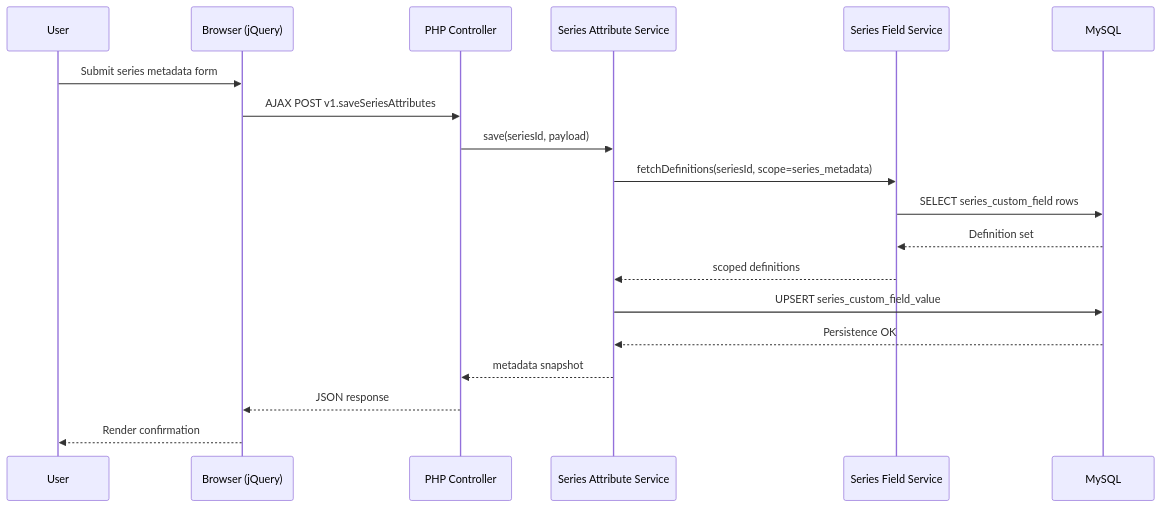
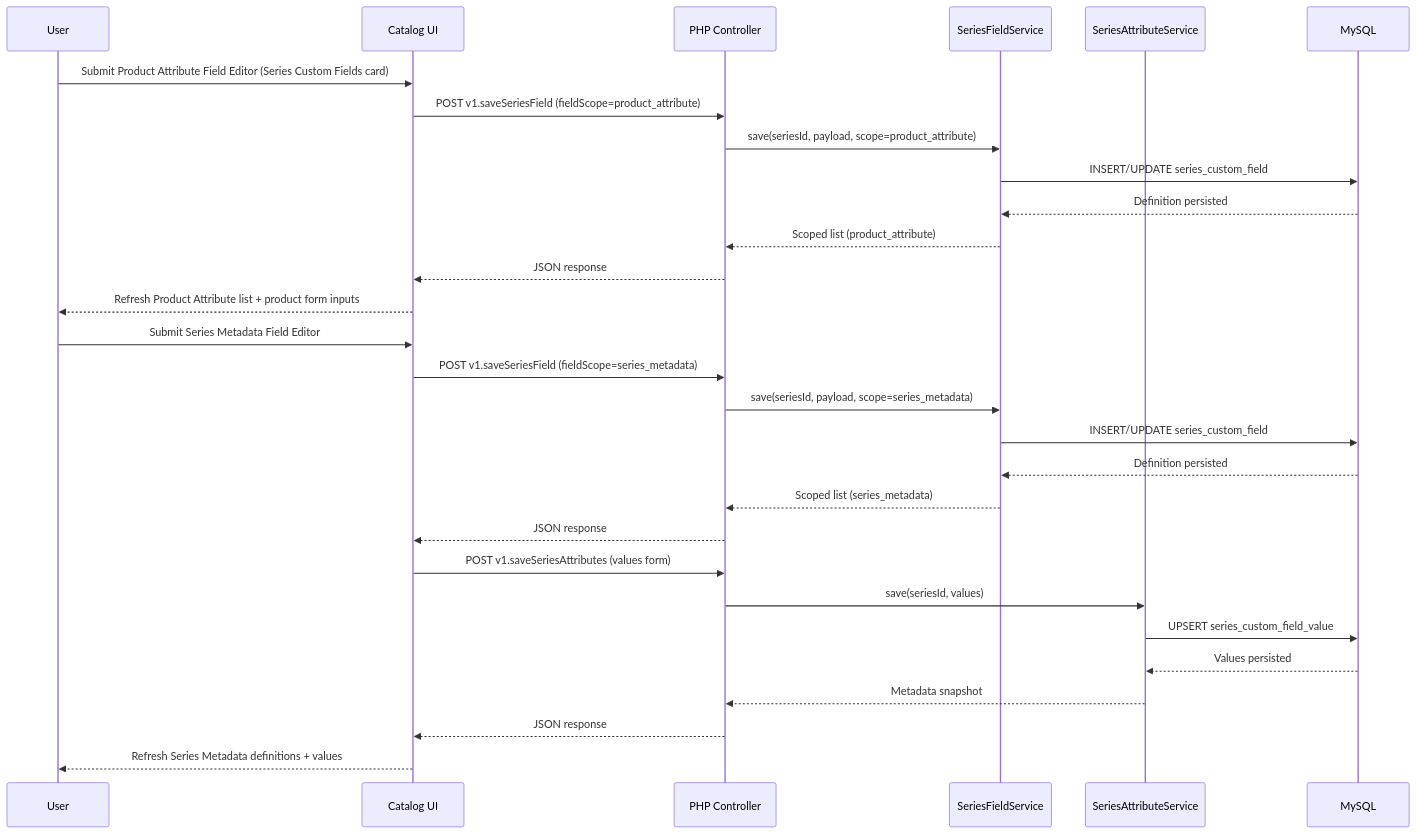
Before and after one commit to sinjie2008/Foundational-Electronics-Core-Systems: the fourth of 9 diagrams in docs/spec.md, drawn with Mermaid. The commit also changed other lines of this file and 7 other files, not shown here.

Commit message:
Product Catalog Manager - Stable v 0.0.1

````diff
--- a/docs/spec.md
+++ b/docs/spec.md
@@ -300,21 +316,31 @@
 ```mermaid
 sequenceDiagram
     participant U as User
-    participant B as Browser (jQuery)
+    participant UI as Catalog UI
     participant P as PHP Controller
-    participant SAF as Series Attribute Service
-    participant SFS as Series Field Service
+    participant SFS as SeriesFieldService
+    participant SAF as SeriesAttributeService
     participant D as MySQL
-    U->>B: Submit series metadata form
-    B->>P: AJAX POST v1.saveSeriesAttributes
-    P->>SAF: save(seriesId, payload)
-    SAF->>SFS: fetchDefinitions(seriesId, scope=series_metadata)
-    SFS->>D: SELECT series_custom_field rows
-    D-->>SFS: Definition set
-    SFS-->>SAF: scoped definitions
+    U->>UI: Submit Product Attribute Field Editor (Series Custom Fields card)
+    UI->>P: POST v1.saveSeriesField (fieldScope=product_attribute)
+    P->>SFS: save(seriesId, payload, scope=product_attribute)
+    SFS->>D: INSERT/UPDATE series_custom_field
+    D-->>SFS: Definition persisted
+    SFS-->>P: Scoped list (product_attribute)
+    P-->>UI: JSON response
+    UI-->>U: Refresh Product Attribute list + product form inputs
+    U->>UI: Submit Series Metadata Field Editor
+    UI->>P: POST v1.saveSeriesField (fieldScope=series_metadata)
+    P->>SFS: save(seriesId, payload, scope=series_metadata)
+    SFS->>D: INSERT/UPDATE series_custom_field
+    D-->>SFS: Definition persisted
+    SFS-->>P: Scoped list (series_metadata)
+    P-->>UI: JSON response
+    UI->>P: POST v1.saveSeriesAttributes (values form)
+    P->>SAF: save(seriesId, values)
     SAF->>D: UPSERT series_custom_field_value
-    D-->>SAF: Persistence OK
-    SAF-->>P: metadata snapshot
-    P-->>B: JSON response
-    B-->>U: Render confirmation
+    D-->>SAF: Values persisted
+    SAF-->>P: Metadata snapshot
+    P-->>UI: JSON response
+    UI-->>U: Refresh Series Metadata definitions + values
 ```
````
